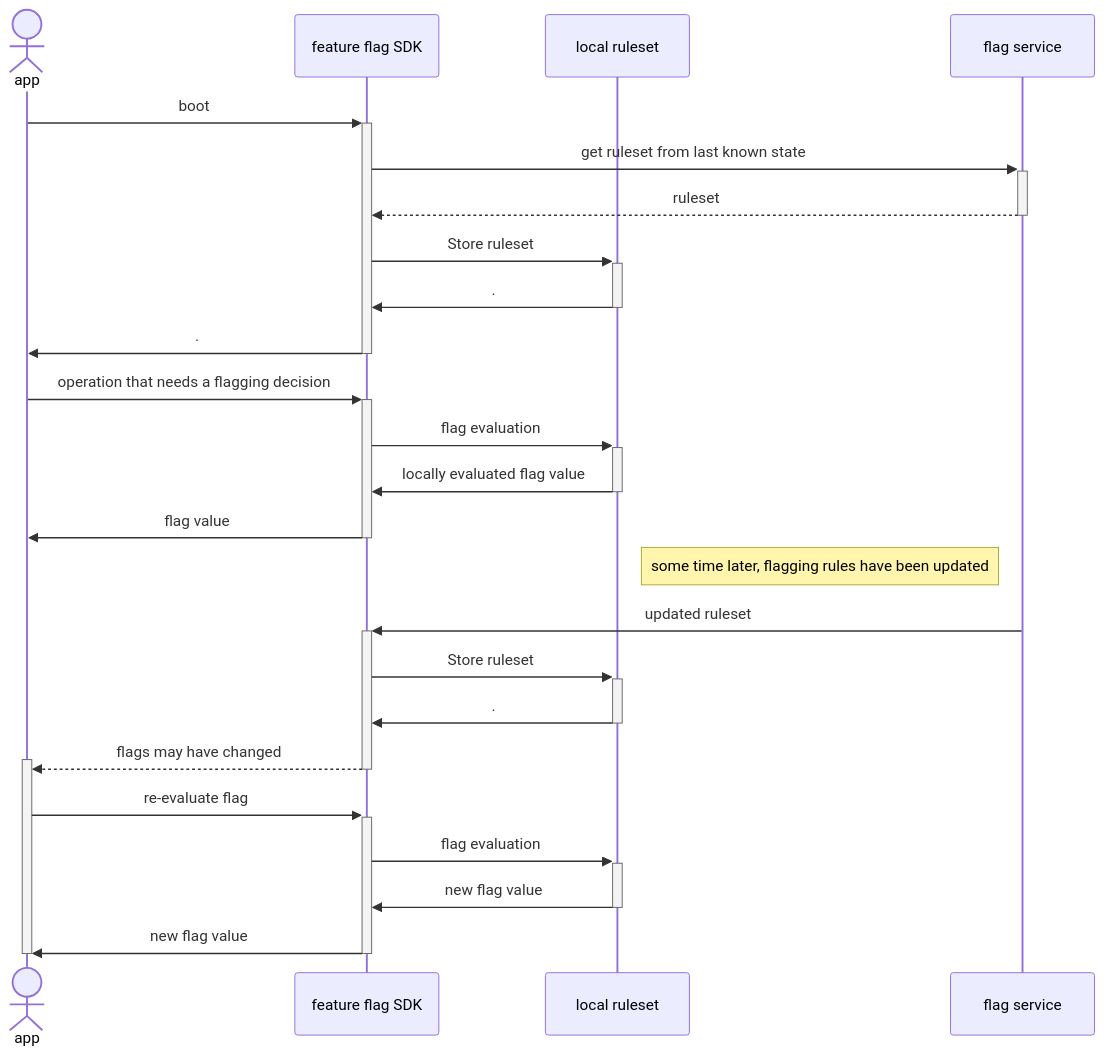
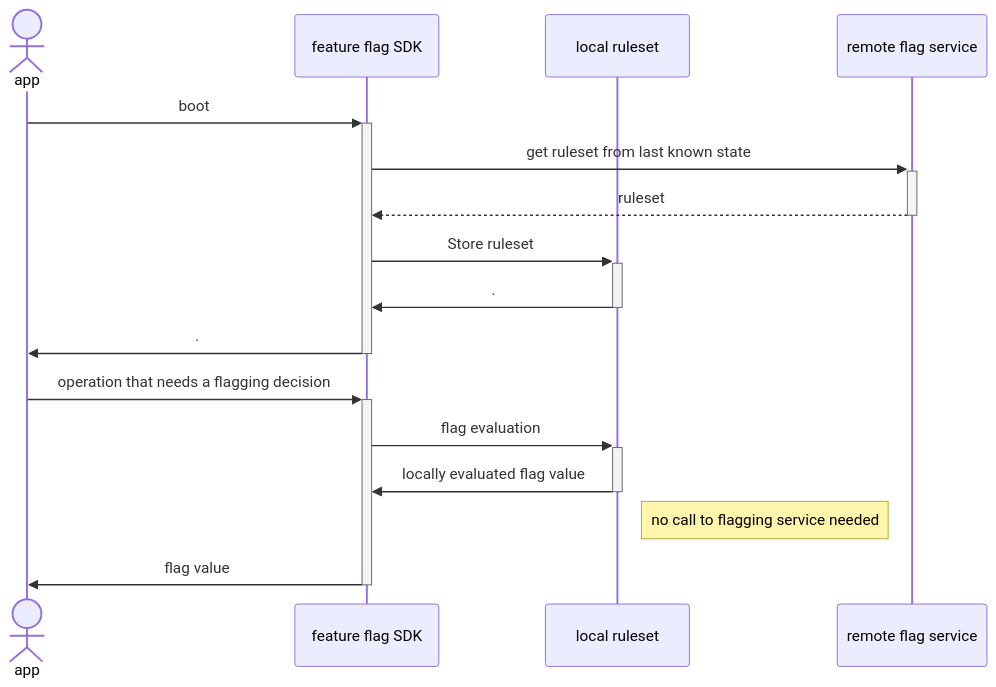
One commit to open-feature/docs.openfeature.dev changed the second of 3 diagrams in blog/06-02-2023-catering-to-the-client-side.md. Above: the diagram before and after it, drawn with Mermaid. The commit also changed other lines of this file, not shown here.

Commit message:
simplify seq diagram a bit

````diff
--- a/blog/06-02-2023-catering-to-the-client-side.md
+++ b/blog/06-02-2023-catering-to-the-client-side.md
@@ -68,28 +68,18 @@
 ```mermaid
 sequenceDiagram
   actor app
   participant sdk as feature flag SDK
   participant cache as local ruleset
-  participant provider as flag service
+  participant provider as remote flag service
   app->>+sdk: boot
   sdk->>+provider: get ruleset from last known state
   provider-->>-sdk: ruleset
   sdk->>+cache: Store ruleset
   cache->>-sdk: .
   sdk->>-app: .
   app->>+sdk: operation that needs a flagging decision
   sdk->>+cache: flag evaluation
   cache->>-sdk: locally evaluated flag value
+  note right of cache: no call to flagging service needed
   sdk->>-app: flag value 
-  note left of provider: some time later, flagging rules have been updated
-  provider->>+sdk: updated ruleset
-  sdk->>+cache: Store ruleset
-  cache->>-sdk: .
-  sdk-->>+app: flags may have changed
-  deactivate sdk
-  app->>+sdk: re-evaluate flag
-  sdk->>+cache: flag evaluation
-  cache->>-sdk: new flag value
-  sdk->>-app: new flag value 
-  deactivate app
 ```
````
